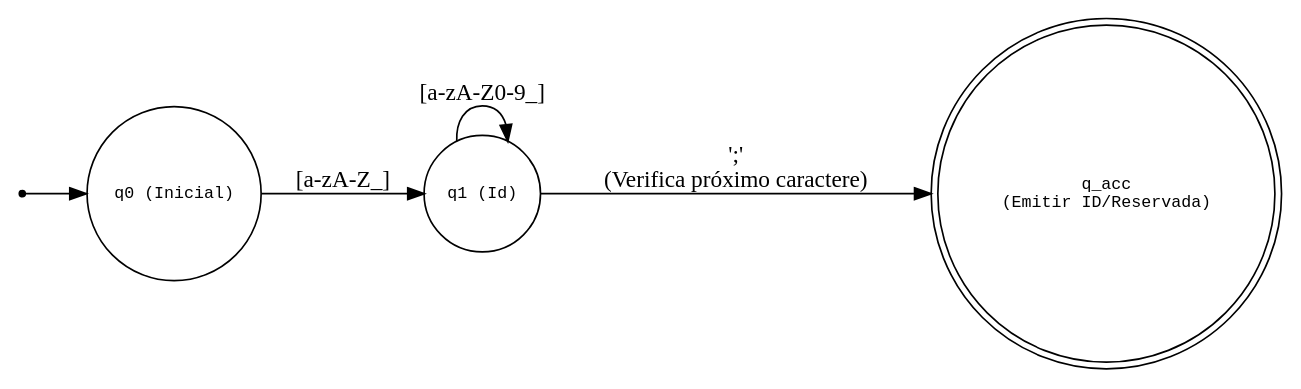
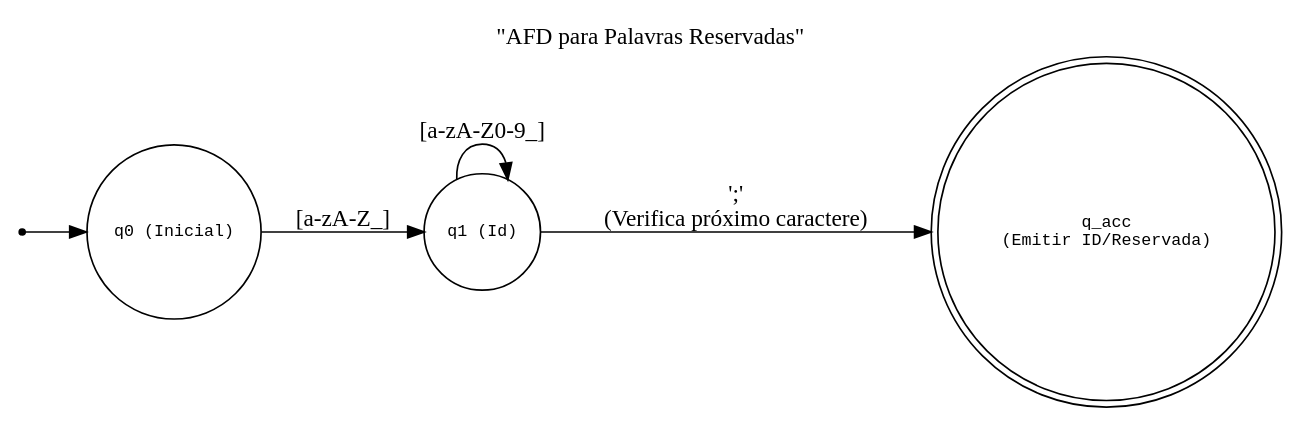
Before and after one commit to NBnY5A/micro-pascal-compiler: the diagram in afd-diagrams/.dot/reserved-words.dot, drawn with Graphviz. The commit also changed 5 other files, not shown here.

```diff
--- a/afd-diagrams/.dot/reserved-words.dot
+++ b/afd-diagrams/.dot/reserved-words.dot
@@ -1,17 +1,18 @@
 digraph AFD_Identificadores {
     rankdir=LR;
     node [shape=circle, fontname="Courier", fontsize=10];
     
+    label="\"AFD para Palavras Reservadas\"";
+    labelloc="t"
+
     qi [shape=point];
 
-    // Estados
     q0 [label="q0 (Inicial)", shape=circle];
     q1 [label="q1 (Id)", shape=circle];
     q_acc [label="q_acc\n(Emitir ID/Reservada)", shape=doublecircle];
     
-    // Transições
     qi -> q0;
     q0 -> q1 [label="[a-zA-Z_]"];
     q1 -> q1 [label="[a-zA-Z0-9_]"];
     q1 -> q_acc [label="';'\n(Verifica próximo caractere)"];
 }
```
